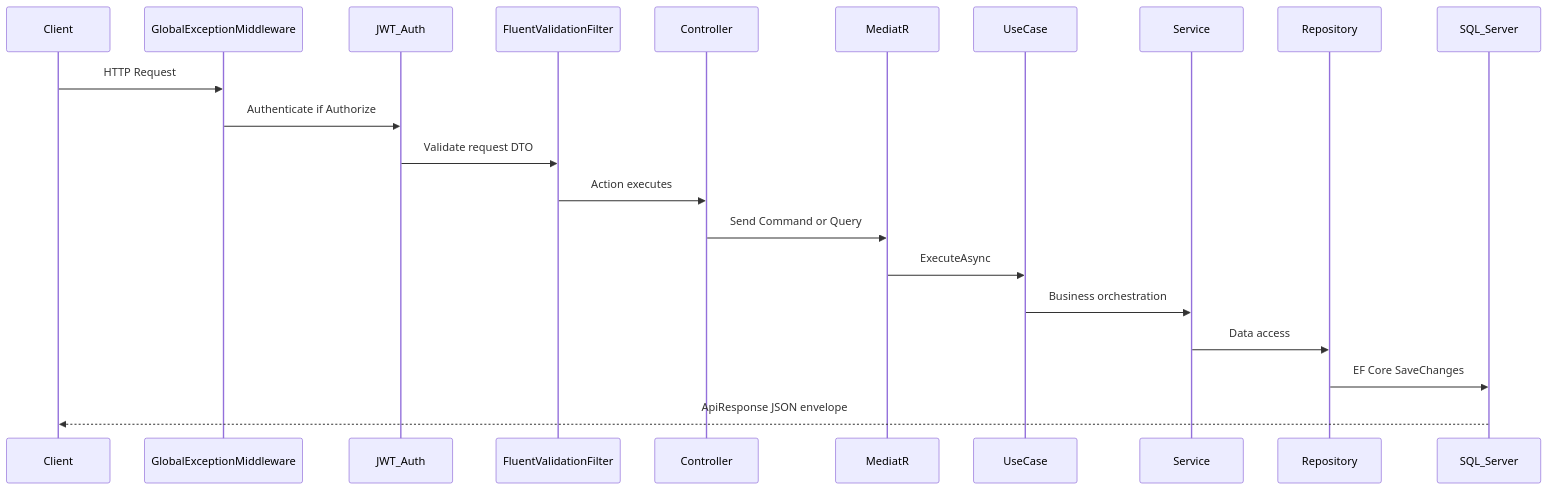
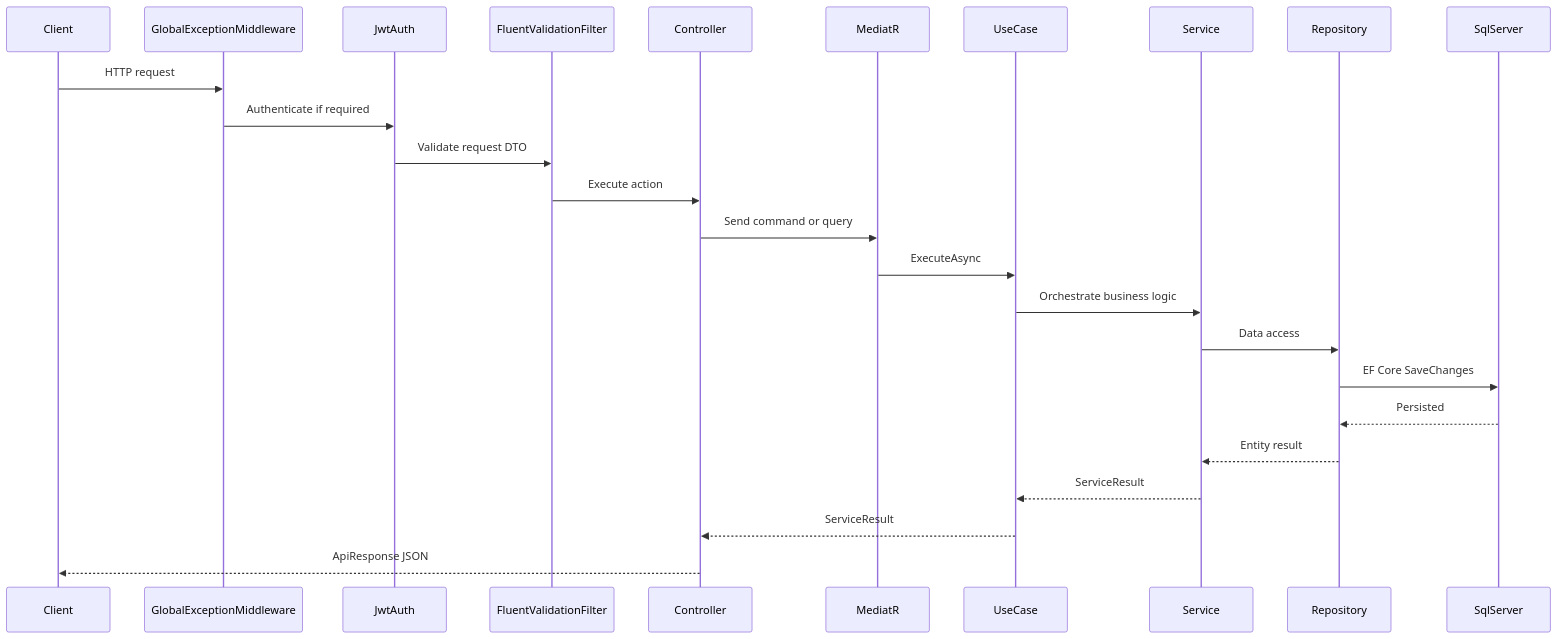
Before and after one commit to ahmed-aliii/ElectroPi-Assessment-Task: the third of 7 diagrams in README.md, drawn with Mermaid. The commit also changed other lines of this file, not shown here.

````diff
--- a/README.md
+++ b/README.md
@@ -138,24 +144,28 @@
 ```mermaid
 sequenceDiagram
-    participant Client
-    participant Middleware as GlobalExceptionMiddleware
-    participant Auth as JWT_Auth
-    participant Filter as FluentValidationFilter
-    participant Controller
-    participant MediatR
-    participant UseCase
-    participant Service
-    participant Repository
-    participant DB as SQL_Server
+    participant client as Client
+    participant middleware as GlobalExceptionMiddleware
+    participant auth as JwtAuth
+    participant filter as FluentValidationFilter
+    participant controller as Controller
+    participant mediator as MediatR
+    participant useCase as UseCase
+    participant service as Service
+    participant repository as Repository
+    participant database as SqlServer
 
-    Client->>Middleware: HTTP Request
-    Middleware->>Auth: Authenticate if Authorize
-    Auth->>Filter: Validate request DTO
-    Filter->>Controller: Action executes
-    Controller->>MediatR: Send Command or Query
-    MediatR->>UseCase: ExecuteAsync
-    UseCase->>Service: Business orchestration
-    Service->>Repository: Data access
-    Repository->>DB: EF Core SaveChanges
-    DB-->>Client: ApiResponse JSON envelope
+    client->>middleware: HTTP request
+    middleware->>auth: Authenticate if required
+    auth->>filter: Validate request DTO
+    filter->>controller: Execute action
+    controller->>mediator: Send command or query
+    mediator->>useCase: ExecuteAsync
+    useCase->>service: Orchestrate business logic
+    service->>repository: Data access
+    repository->>database: EF Core SaveChanges
+    database-->>repository: Persisted
+    repository-->>service: Entity result
+    service-->>useCase: ServiceResult
+    useCase-->>controller: ServiceResult
+    controller-->>client: ApiResponse JSON
 ```
````
